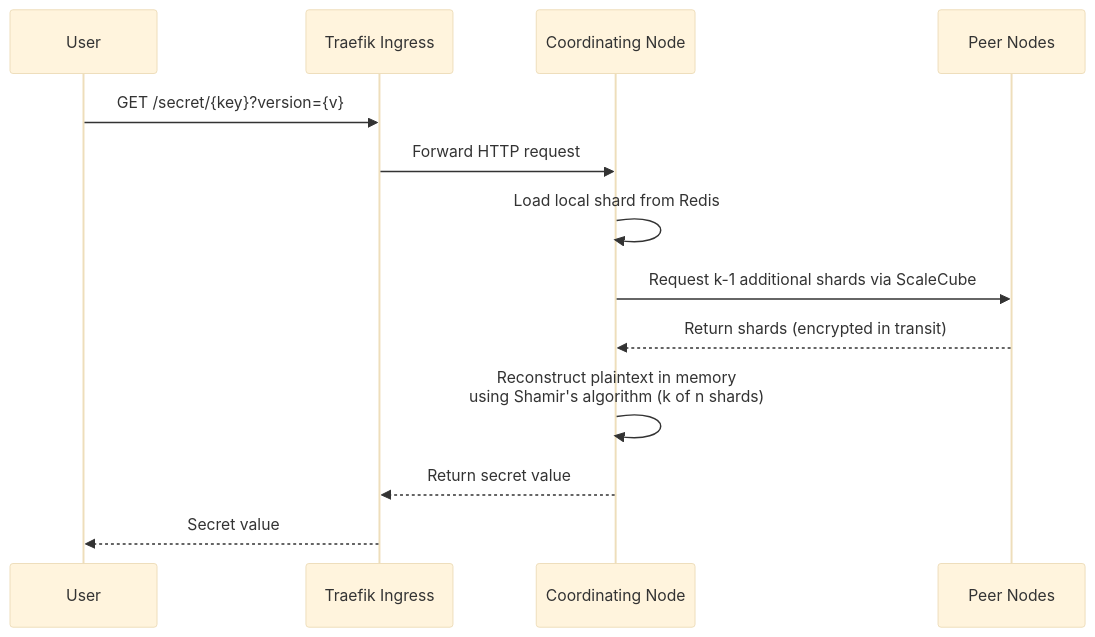
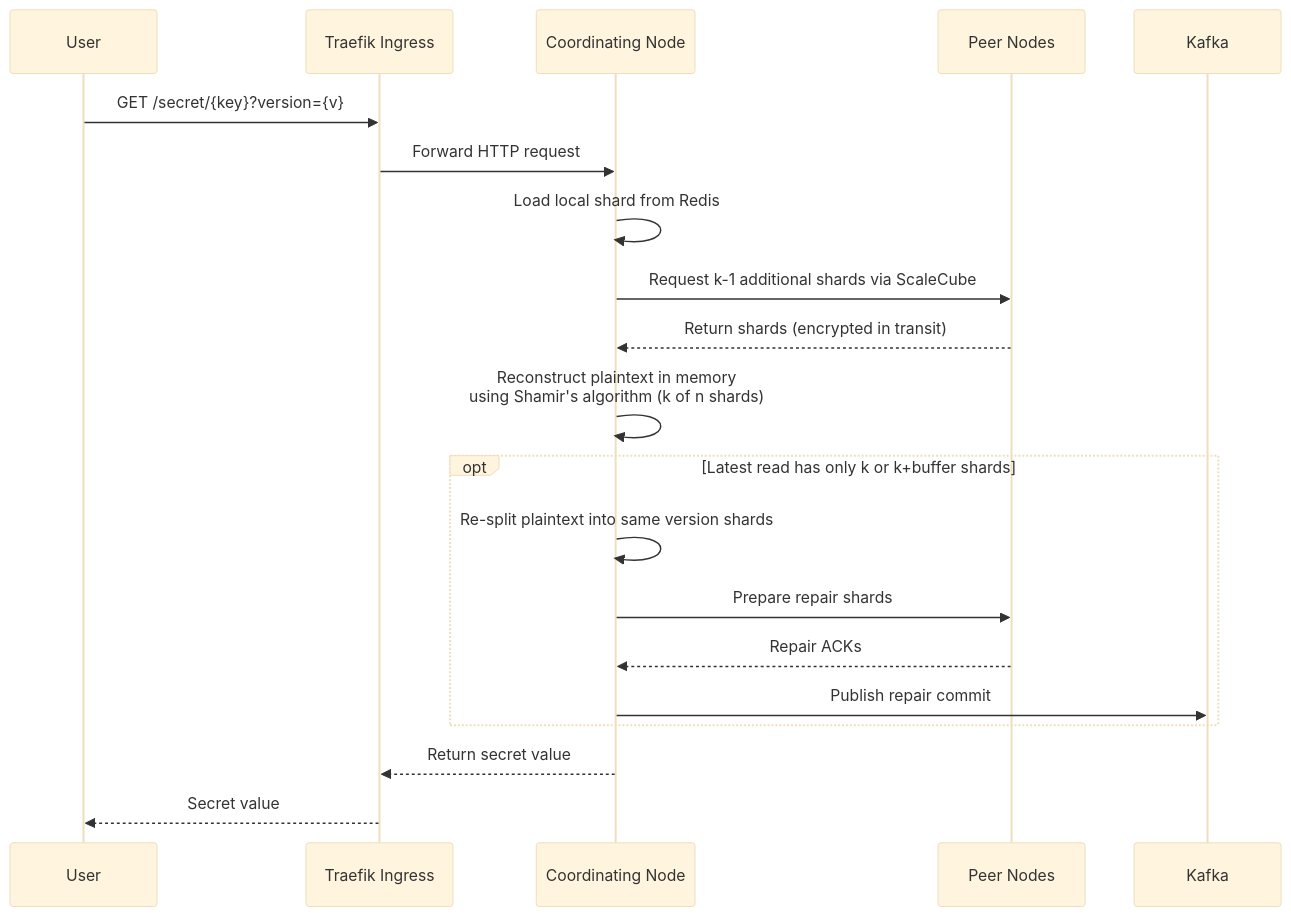
One commit to S26-Distributed-Capstone/DistributedSecretsVault changed the third of 6 diagrams in docs/architecture.md. Above: the diagram before and after it, drawn with Mermaid (base theme). The commit also changed other lines of this file and 3 other files, not shown here.

````diff
--- a/docs/architecture.md
+++ b/docs/architecture.md
@@ -82,16 +85,22 @@
 ```mermaid
 sequenceDiagram
     participant User
     participant Ingress as Traefik Ingress
     participant Node as Coordinating Node
     participant Cluster as Peer Nodes
 
     User->>Ingress: GET /secret/{key}?version={v}
     Ingress->>Node: Forward HTTP request
     Node->>Node: Load local shard from Redis
     Node->>Cluster: Request k-1 additional shards via ScaleCube
     Cluster-->>Node: Return shards (encrypted in transit)
     Node->>Node: Reconstruct plaintext in memory<br/>using Shamir's algorithm (k of n shards)
+    opt Latest read has only k or k+buffer shards
+        Node->>Node: Re-split plaintext into same version shards
+        Node->>Cluster: Prepare repair shards
+        Cluster-->>Node: Repair ACKs
+        Node->>Kafka: Publish repair commit
+    end
     Node-->>Ingress: Return secret value
     Ingress-->>User: Secret value
 ```
````
